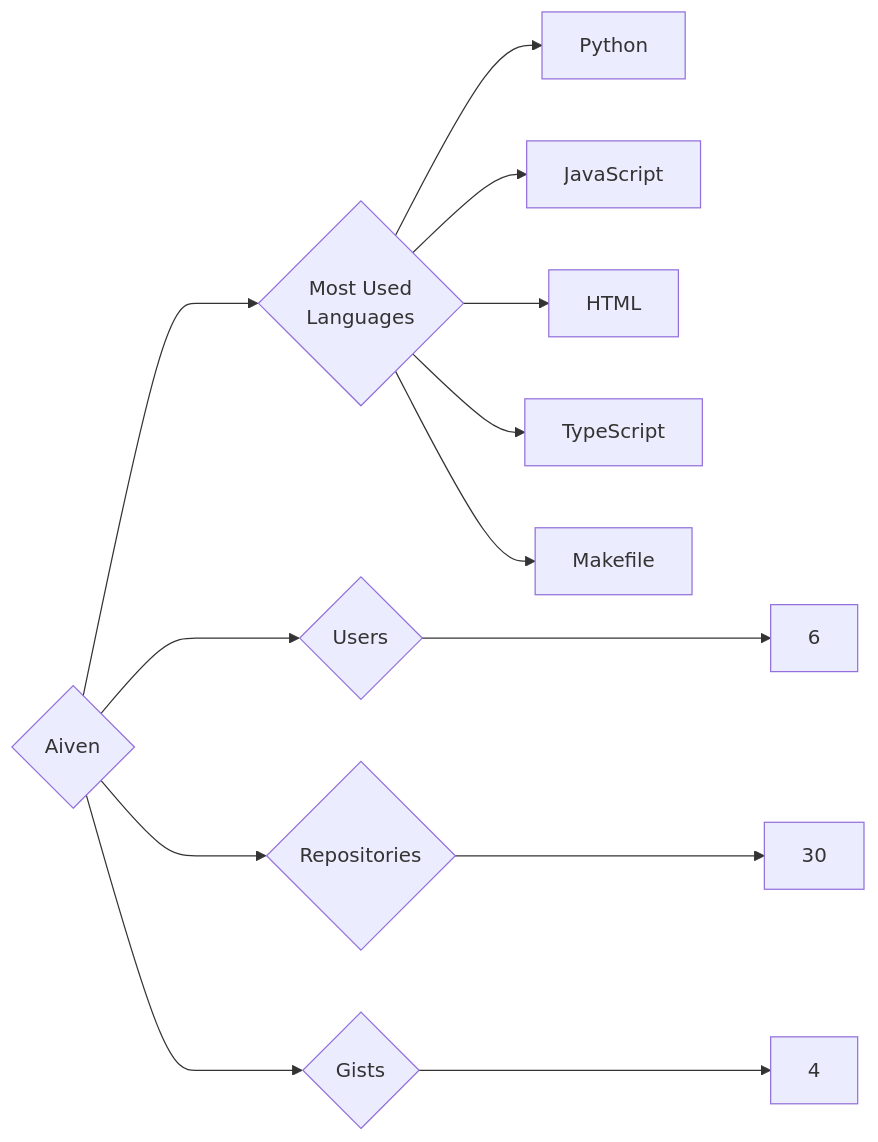
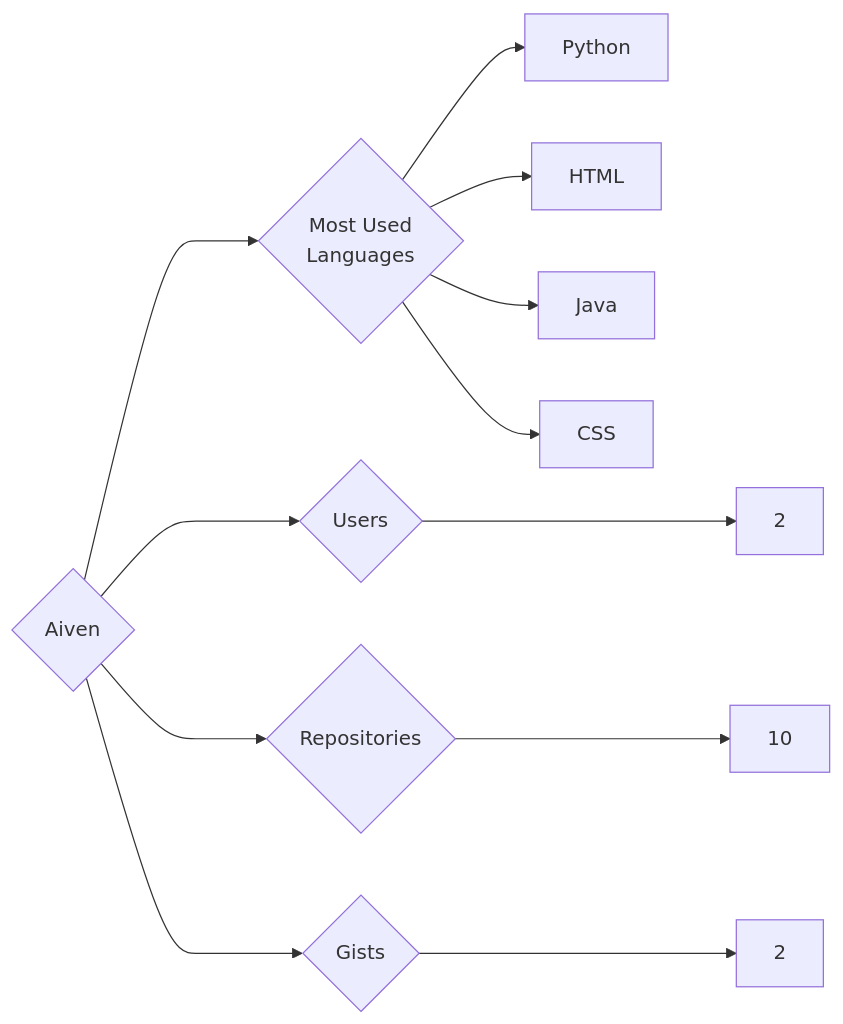
Before and after one commit to trickest/insiders: the diagram in targets/Aiven/README.md, drawn with Mermaid. The commit also changed 1120 other files, not shown here.

````diff
--- a/targets/Aiven/README.md
+++ b/targets/Aiven/README.md
@@ -3,13 +3,12 @@
 ```mermaid
 graph LR
 COMPANY_NAME{Aiven}
-COMPANY_NAME ---> U{Users} ---> UN[6]
-COMPANY_NAME ---> R{Repositories} ---> RN[30]
-COMPANY_NAME ---> G{Gists} ---> GN[4]
+COMPANY_NAME ---> U{Users} ---> UN[2]
+COMPANY_NAME ---> R{Repositories} ---> RN[10]
+COMPANY_NAME ---> G{Gists} ---> GN[2]
 COMPANY_NAME ---> ML{Most Used<br>Languages}
 ML --> Python[Python]
-ML --> JavaScript[JavaScript]
 ML --> HTML[HTML]
-ML --> TypeScript[TypeScript]
-ML --> Makefile[Makefile]
+ML --> Java[Java]
+ML --> CSS[CSS]
 ```
````
